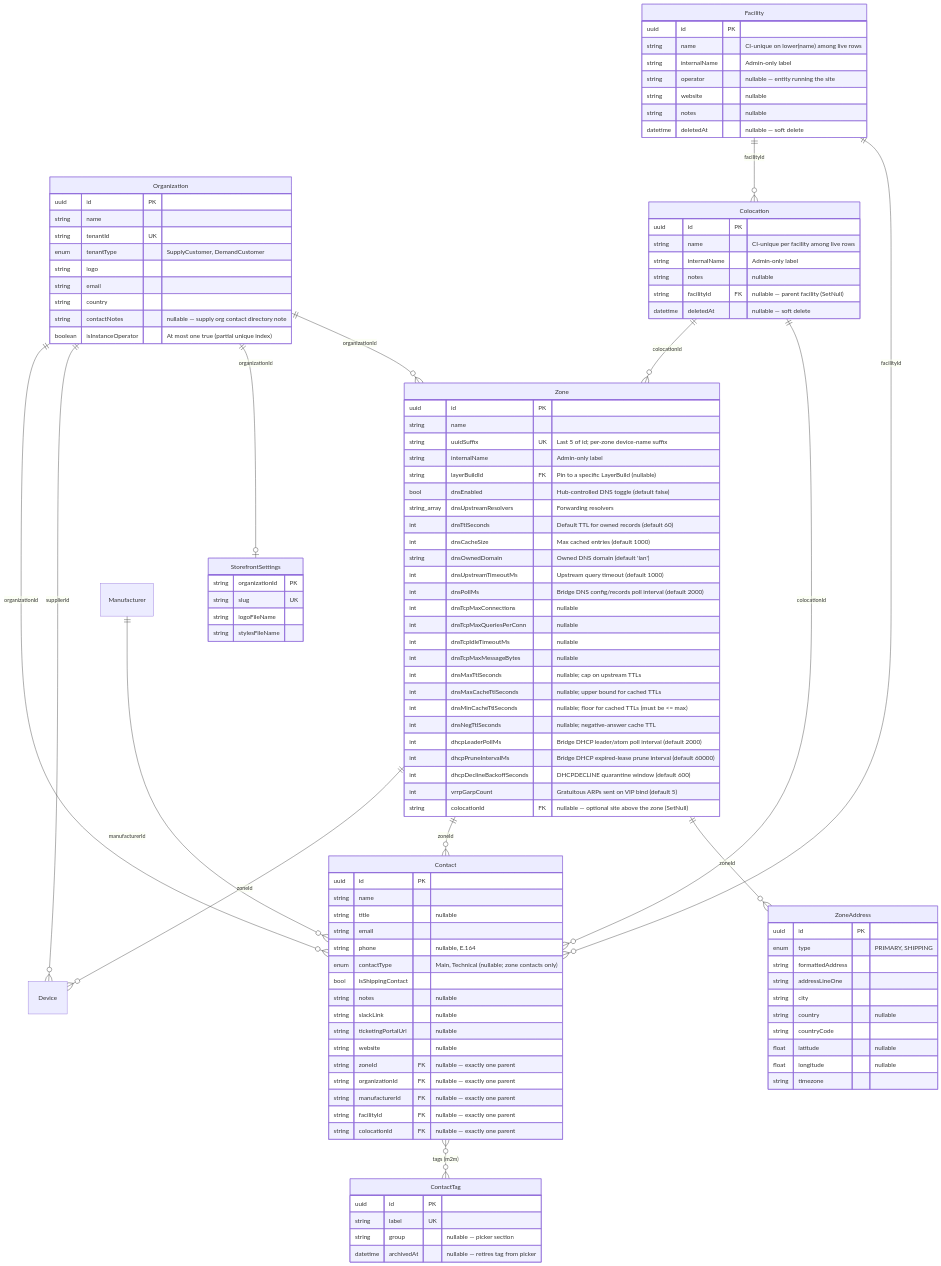
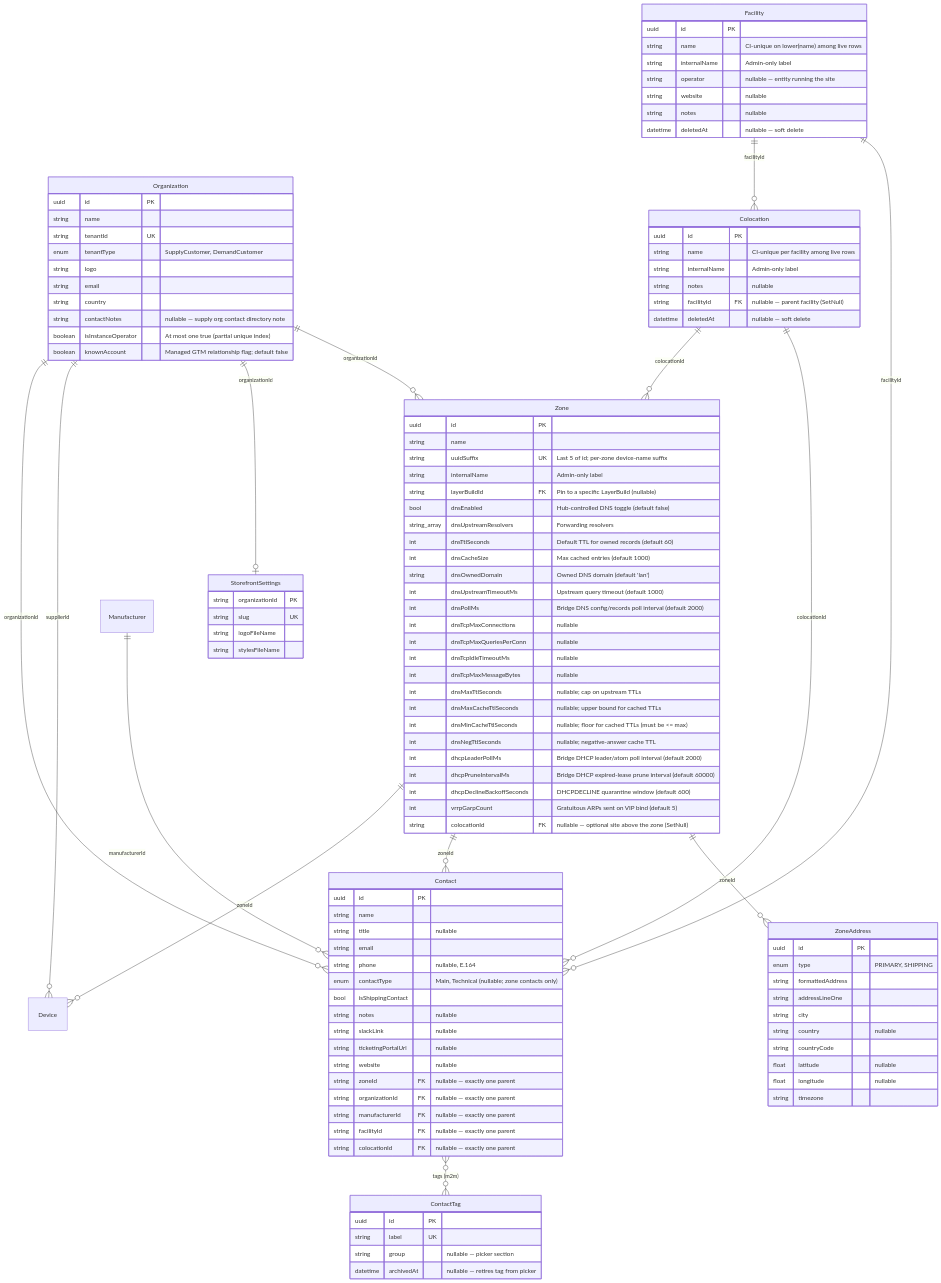
The eighth of 20 diagrams in packages/database/SCHEMA_DIAGRAM.md (Hydra-Host/Brokkr), drawn with Mermaid before and after one commit. The commit also changed other lines of this file and 626 other files, not shown here.

```diff
--- a/packages/database/SCHEMA_DIAGRAM.md
+++ b/packages/database/SCHEMA_DIAGRAM.md
@@ -503,6 +503,7 @@
         string country
         string contactNotes "nullable — supply org contact directory note"
         boolean isInstanceOperator "At most one true (partial unique index)"
+        boolean knownAccount "Managed GTM relationship flag; default false"
     }
 
     Zone {
```
